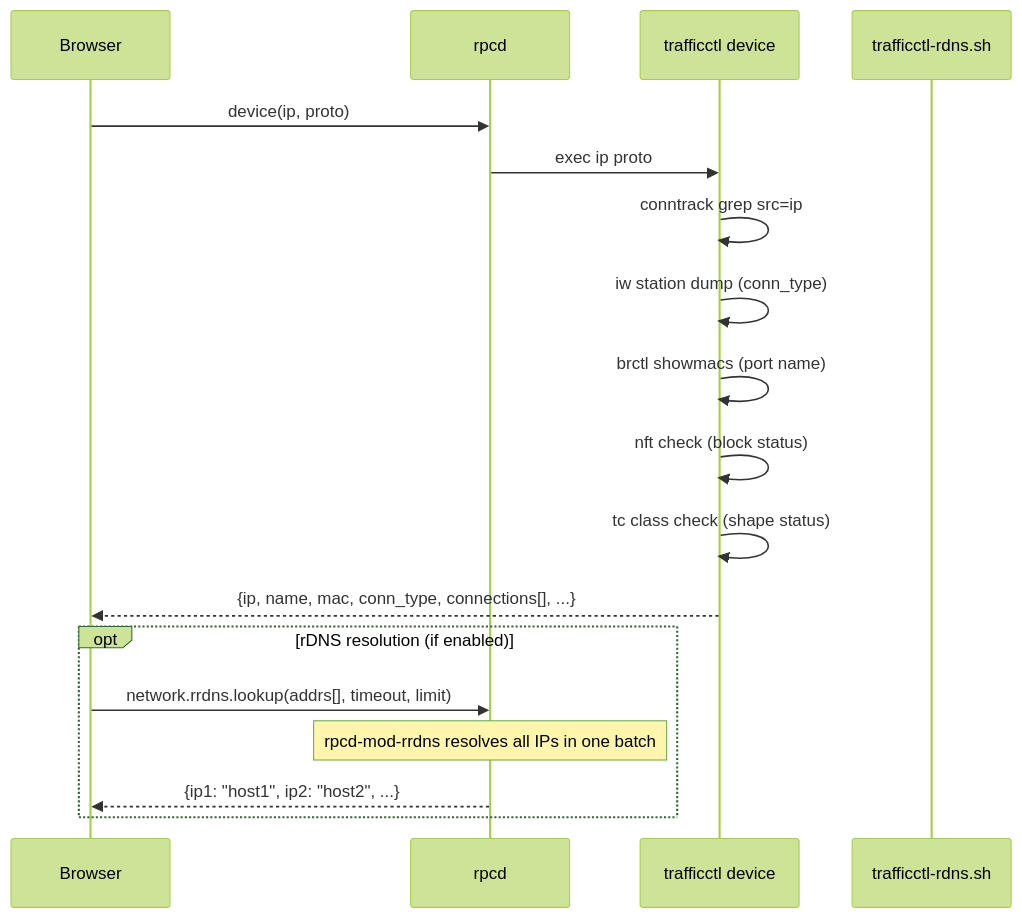
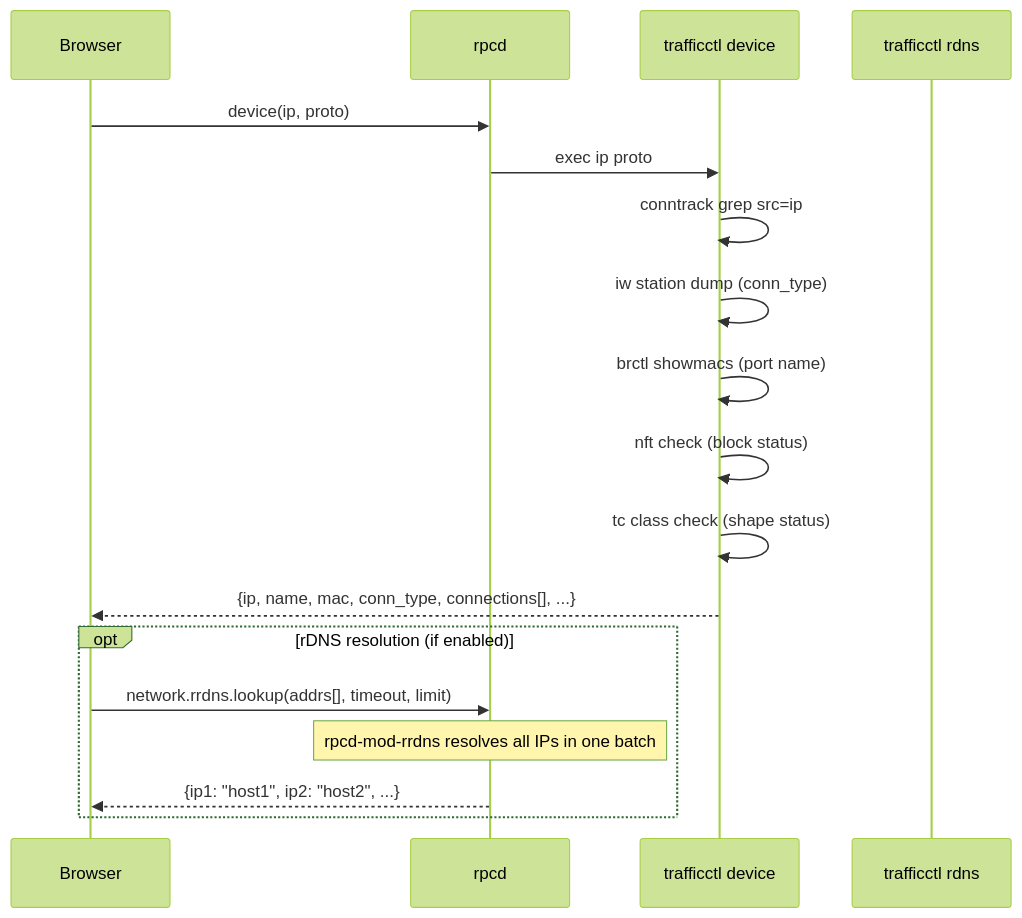
One commit to YusDyr/luci-app-trafficctl changed the third of 6 diagrams in docs/ARCHITECTURE.md. Above: the diagram before and after it, drawn with Mermaid (forest theme). The commit also changed other lines of this file and 6 other files, not shown here.

````diff
--- a/docs/ARCHITECTURE.md
+++ b/docs/ARCHITECTURE.md
@@ -129,22 +129,22 @@
 ```mermaid
 sequenceDiagram
     participant B as Browser
     participant R as rpcd
     participant D as trafficctl device
-    participant DNS as trafficctl-rdns.sh
+    participant DNS as trafficctl rdns
 
     B->>R: device(ip, proto)
     R->>D: exec ip proto
     D->>D: conntrack grep src=ip
     D->>D: iw station dump (conn_type)
     D->>D: brctl showmacs (port name)
     D->>D: nft check (block status)
     D->>D: tc class check (shape status)
     D-->>B: {ip, name, mac, conn_type, connections[], ...}
 
     opt rDNS resolution (if enabled)
         B->>R: network.rrdns.lookup(addrs[], timeout, limit)
         Note over R: rpcd-mod-rrdns resolves all IPs in one batch
         R-->>B: {ip1: "host1", ip2: "host2", ...}
     end
 ```
````
